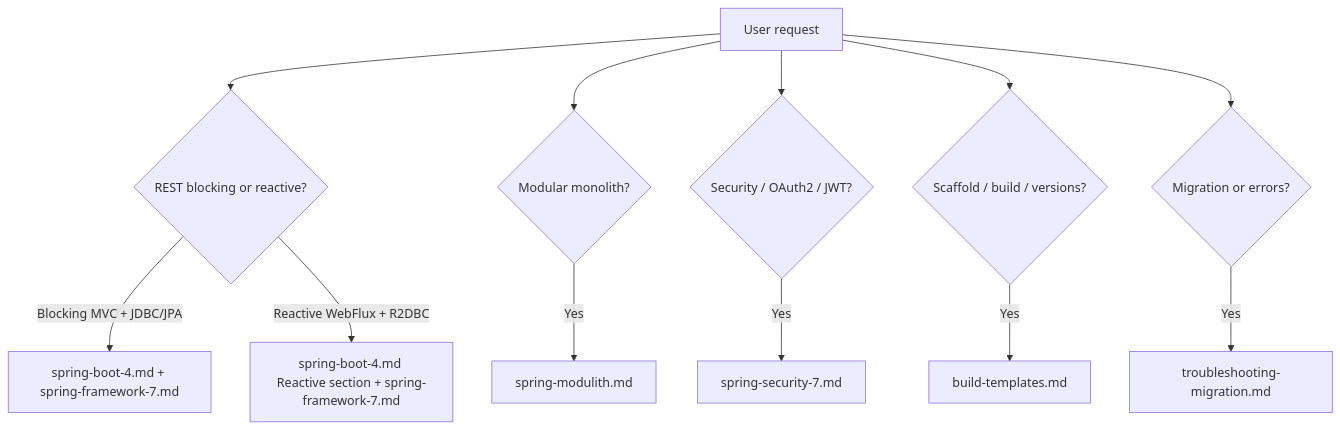
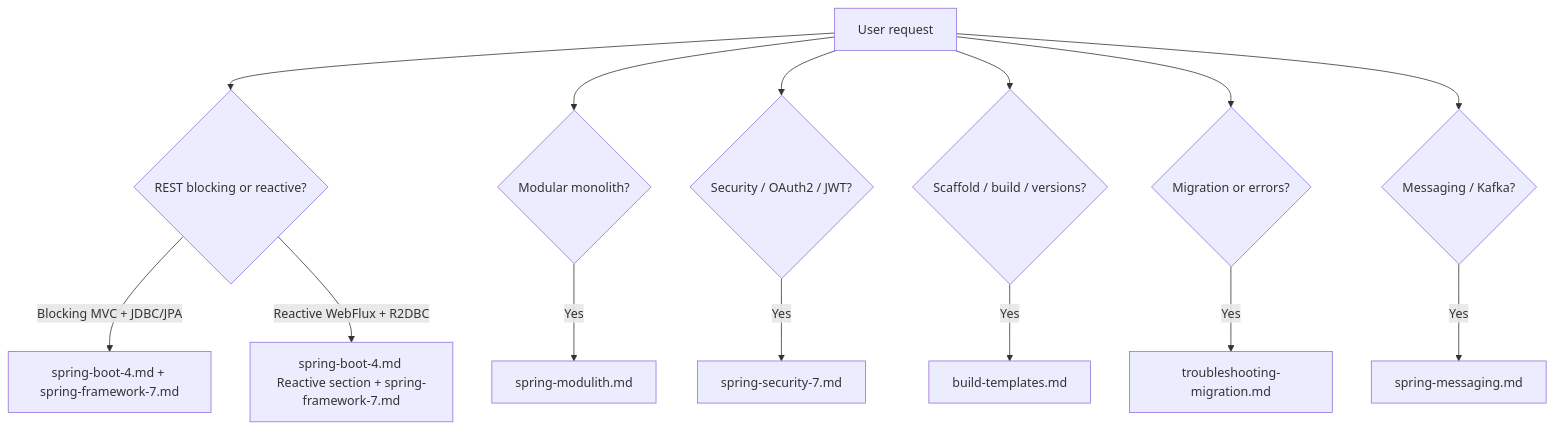
One commit to AyrtonAldayr/agent-skill-java-spring-framework changed the diagram in skills/java-spring-framework/SKILL.md. Above: the diagram before and after it, drawn with Mermaid. The commit also changed other lines of this file and 15 other files, not shown here.

````diff
--- a/skills/java-spring-framework/SKILL.md
+++ b/skills/java-spring-framework/SKILL.md
@@ -30,14 +30,16 @@
 ```mermaid
 flowchart TD
     A[User request] --> B{REST blocking or reactive?}
     B -->|Blocking MVC + JDBC/JPA| C[spring-boot-4.md + spring-framework-7.md]
     B -->|Reactive WebFlux + R2DBC| D[spring-boot-4.md Reactive section + spring-framework-7.md]
     A --> E{Modular monolith?}
     E -->|Yes| F[spring-modulith.md]
     A --> G{Security / OAuth2 / JWT?}
     G -->|Yes| H[spring-security-7.md]
     A --> I{Scaffold / build / versions?}
     I -->|Yes| J[build-templates.md]
     A --> K{Migration or errors?}
     K -->|Yes| L[troubleshooting-migration.md]
+    A --> M{Messaging / Kafka?}
+    M -->|Yes| N[spring-messaging.md]
 ```
````
